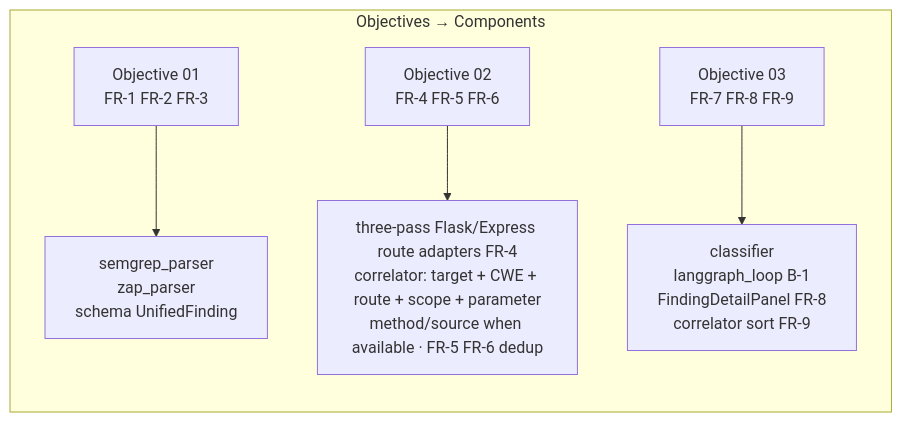
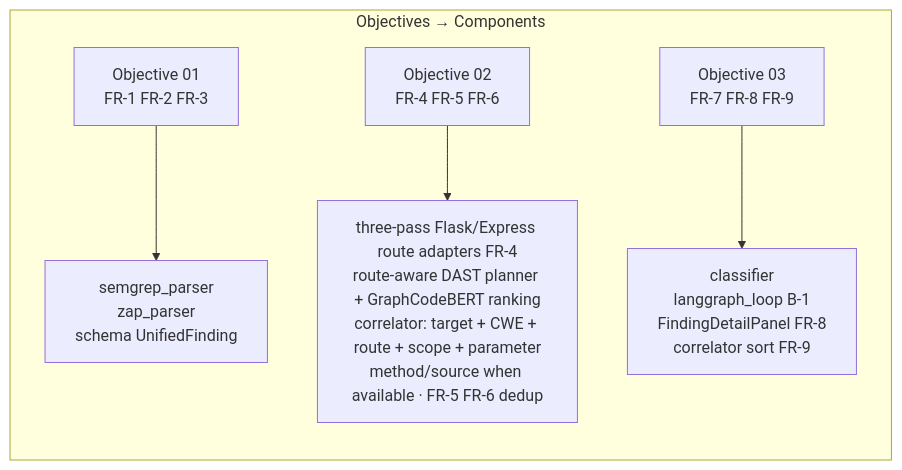
Diagram 25 of 25 in HACKATHON/docs/P06-Architecture.md (Halcyora/mitigata), drawn with Mermaid before and after one commit. The commit also changed other lines of this file and 22 other files, not shown here.

````diff
--- a/HACKATHON/docs/P06-Architecture.md
+++ b/HACKATHON/docs/P06-Architecture.md
@@ -953,8 +959,8 @@
 ```mermaid
 graph LR
     subgraph OBJ["Objectives → Components"]
         O1["Objective 01\nFR-1 FR-2 FR-3"] --> C1["semgrep_parser\nzap_parser\nschema UnifiedFinding"]
-        O2["Objective 02\nFR-4 FR-5 FR-6"] --> C2["three-pass Flask/Express route adapters FR-4\ncorrelator: target + CWE + route + scope + parameter\nmethod/source when available · FR-5 FR-6 dedup"]
+        O2["Objective 02\nFR-4 FR-5 FR-6"] --> C2["three-pass Flask/Express route adapters FR-4\nroute-aware DAST planner + GraphCodeBERT ranking\ncorrelator: target + CWE + route + scope + parameter\nmethod/source when available · FR-5 FR-6 dedup"]
         O3["Objective 03\nFR-7 FR-8 FR-9"] --> C3["classifier\nlanggraph_loop B-1\nFindingDetailPanel FR-8\ncorrelator sort FR-9"]
     end
 ```
````
